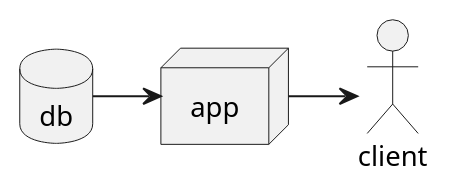
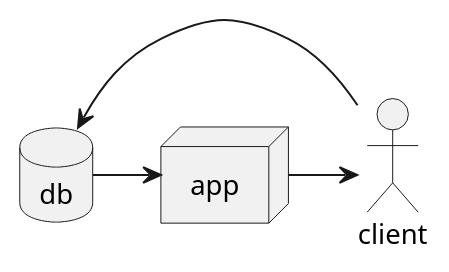
The diagram in Material/imgsrc/plantuml/Components_Example.puml (gematik/spec-TemplateForSimplifierProjects), drawn with PlantUML before and after one commit. The commit also changed other lines of this file and 7 other files, not shown here.

```diff
--- a/Material/imgsrc/plantuml/Components_Example.puml
+++ b/Material/imgsrc/plantuml/Components_Example.puml
@@ -2,8 +1,9 @@
 @startuml
 actor client
 node app
 database db
 
 db -> app
 app -> client
+client -> db
 @enduml
```
